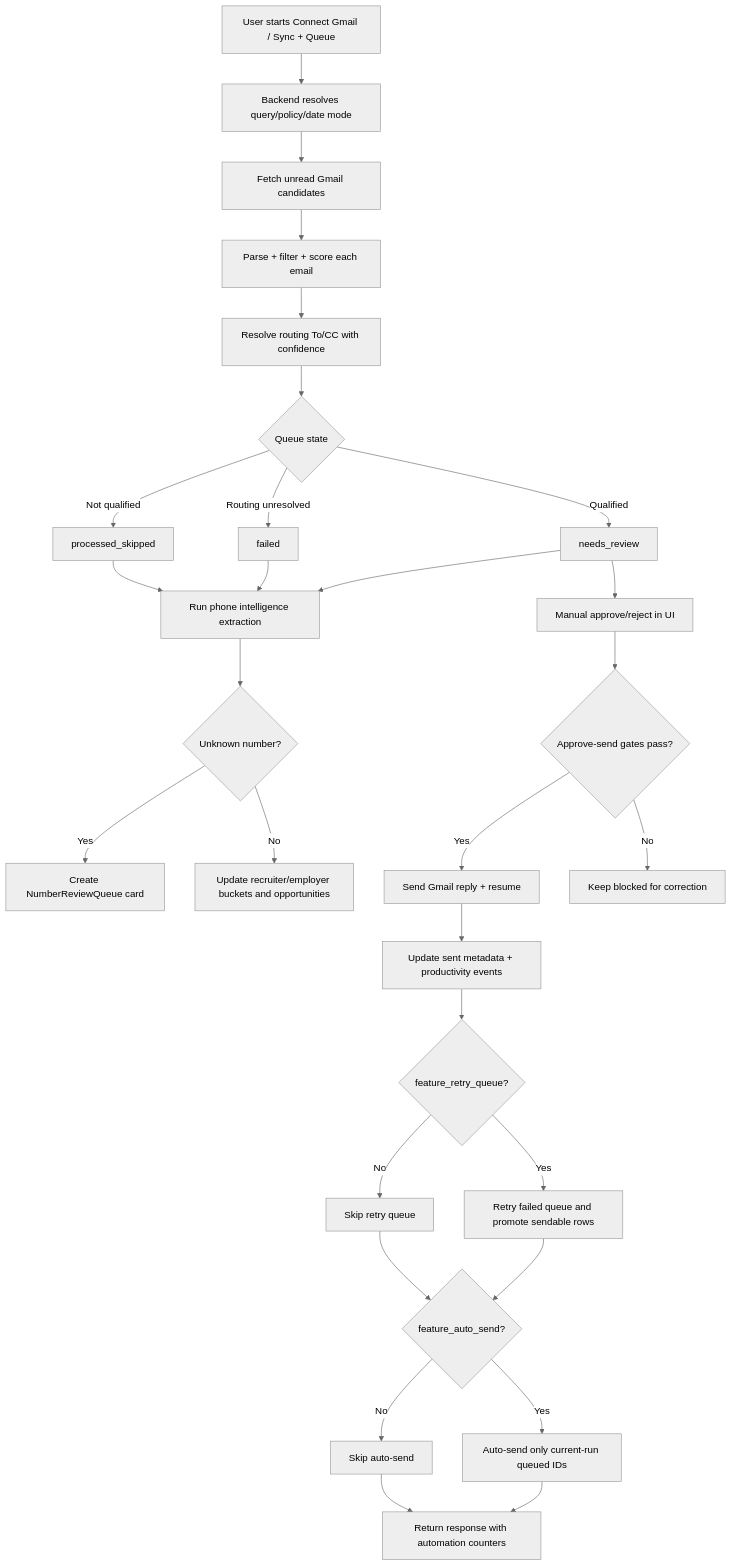
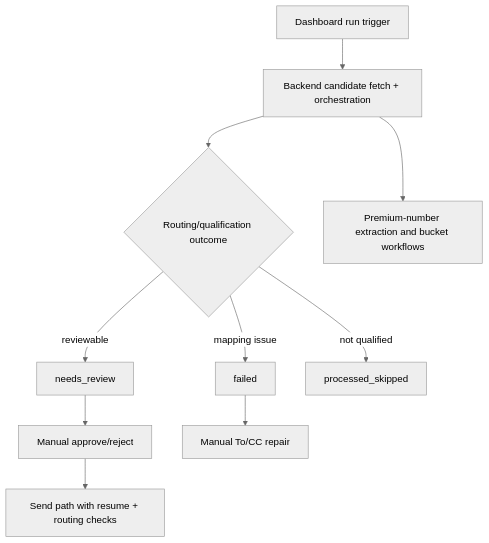
Before and after one commit to chaitanyadheeraj98/CODEJOB: the diagram in docs/context.md, drawn with Mermaid (neutral theme). The commit also changed other lines of this file and 9 other files, not shown here.

Commit message:
docs: audit-sync docs to current branch evidence and status model

````diff
--- a/docs/context.md
+++ b/docs/context.md
@@ -128,31 +16,12 @@
 ```mermaid
 flowchart TD
-    A[User starts Connect Gmail / Sync + Queue] --> B[Backend resolves query/policy/date mode]
-    B --> C[Fetch unread Gmail candidates]
-    C --> D[Parse + filter + score each email]
-    D --> E[Resolve routing To/CC with confidence]
-    E --> F{Queue state}
-    F -->|Qualified| G[needs_review]
-    F -->|Routing unresolved| H[failed]
-    F -->|Not qualified| I[processed_skipped]
-    G --> J[Run phone intelligence extraction]
-    H --> J
-    I --> J
-    J --> K{Unknown number?}
-    K -->|Yes| L[Create NumberReviewQueue card]
-    K -->|No| M[Update recruiter/employer buckets and opportunities]
-    G --> N[Manual approve/reject in UI]
-    N --> O{Approve-send gates pass?}
-    O -->|Yes| P[Send Gmail reply + resume]
-    O -->|No| Q[Keep blocked for correction]
-    P --> R[Update sent metadata + productivity events]
-    R --> S{feature_retry_queue?}
-    S -->|Yes| T[Retry failed queue and promote sendable rows]
-    S -->|No| U[Skip retry queue]
-    T --> V{feature_auto_send?}
-    U --> V
-    V -->|Yes| W[Auto-send only current-run queued IDs]
-    V -->|No| X[Skip auto-send]
-    W --> Y[Return response with automation counters]
-    X --> Y
+  A[Dashboard run trigger] --> B[Backend candidate fetch + orchestration]
+  B --> C{Routing/qualification outcome}
+  C -->|reviewable| D[needs_review]
+  C -->|mapping issue| E[failed]
+  C -->|not qualified| F[processed_skipped]
+  D --> G[Manual approve/reject]
+  E --> H[Manual To/CC repair]
+  G --> I[Send path with resume + routing checks]
+  B --> J[Premium-number extraction and bucket workflows]
 ```
````
